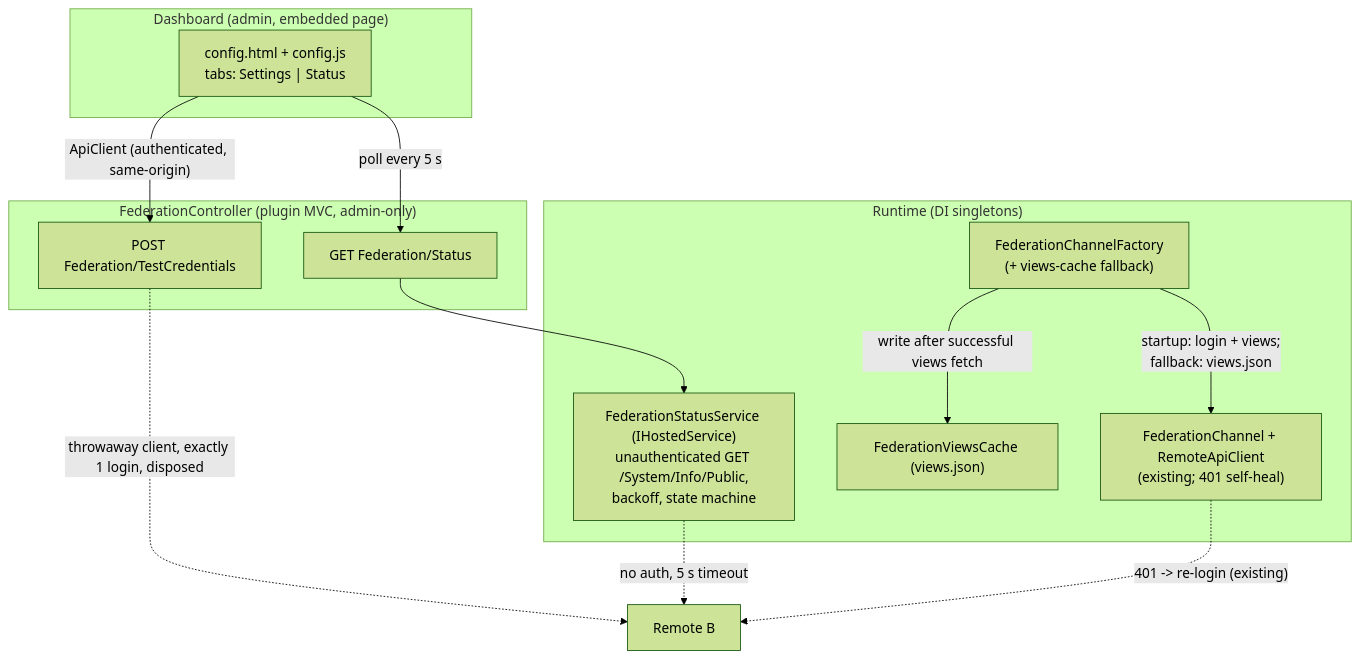
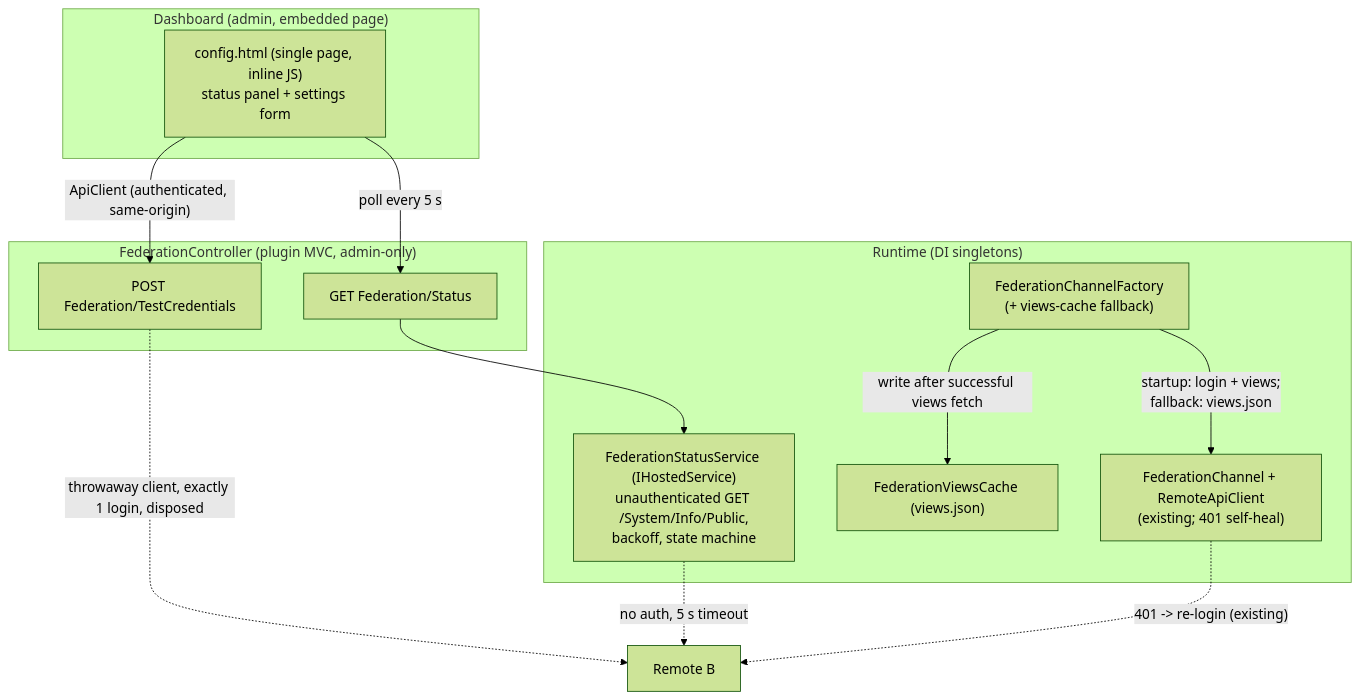
Before and after one commit to towi/jellyfin-federation: the diagram in docs/pi/specs/2026-11-22-ui-and-status-design.md, drawn with Mermaid (forest theme). The commit also changed other lines of this file and 1 other file, not shown here.

````diff
--- a/docs/pi/specs/2026-11-22-ui-and-status-design.md
+++ b/docs/pi/specs/2026-11-22-ui-and-status-design.md
@@ -55,26 +55,26 @@
 ```mermaid
 flowchart TB
   subgraph UI["Dashboard (admin, embedded page)"]
-    C["config.html + config.js<br/>tabs: Settings | Status"]
+    C["config.html (single page, inline JS)<br/>status panel + settings form"]
   end
   subgraph API["FederationController (plugin MVC, admin-only)"]
     T["POST Federation/TestCredentials"]
     S["GET Federation/Status"]
   end
   subgraph RT["Runtime (DI singletons)"]
     R["FederationStatusService (IHostedService)<br/>unauthenticated GET /System/Info/Public,<br/>backoff, state machine"]
     F["FederationChannelFactory<br/>(+ views-cache fallback)"]
     VC["FederationViewsCache (views.json)"]
     CA["FederationChannel + RemoteApiClient<br/>(existing; 401 self-heal)"]
   end
   B["Remote B"]
 
   C -- "ApiClient (authenticated, same-origin)" --> T
   C -- "poll every 5 s" --> S
   S --> R
   T -. "throwaway client, exactly 1 login, disposed" .-> B
   R -. "no auth, 5 s timeout" .-> B
   F -- "startup: login + views;<br/>fallback: views.json" --> CA
   F -- "write after successful views fetch" --> VC
   CA -. "401 -> re-login (existing)" .-> B
 ```
````
